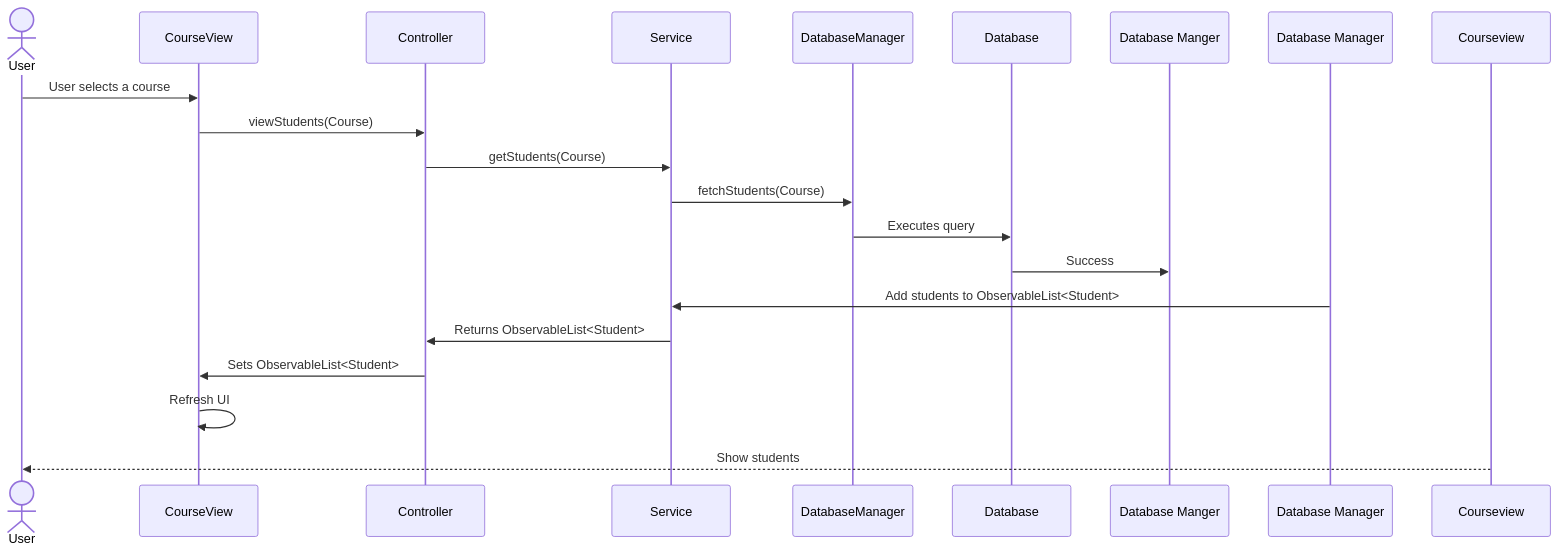
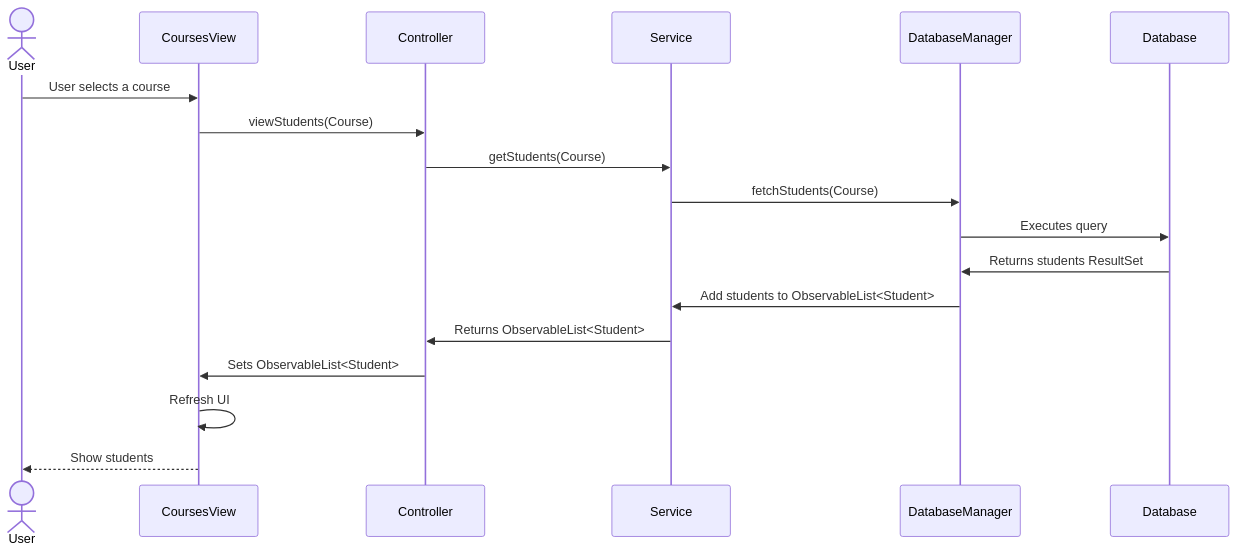
Before and after one commit to Darth-218/Student-Grading-System: the sixth of 10 diagrams in README.md, drawn with Mermaid. The commit also changed other lines of this file, not shown here.

````diff
--- a/README.md
+++ b/README.md
@@ -212,21 +192,16 @@
 ```mermaid
 sequenceDiagram
     actor User
-    participant CourseView
-    participant Controller
-    participant Service
-    participant DatabaseManager
-    participant Database
 
-    User->>CourseView: User selects a course
-    CourseView->>Controller: viewStudents(Course)
+    User->>CoursesView: User selects a course
+    CoursesView->>Controller: viewStudents(Course)
     Controller->>Service: getStudents(Course)
     Service->>DatabaseManager: fetchStudents(Course)
     DatabaseManager->>Database: Executes query 
-    Database->>Database Manger: Success
-    Database Manager->>Service: Add students to ObservableList<Student>
+    Database->>DatabaseManager: Returns students ResultSet
+    DatabaseManager->>Service: Add students to ObservableList<Student>
     Service->>Controller: Returns ObservableList<Student>
-    Controller->>CourseView: Sets ObservableList<Student>
-    CourseView->>CourseView: Refresh UI
-    Courseview-->>User: Show students
+    Controller->>CoursesView: Sets ObservableList<Student>
+    CoursesView->>CoursesView: Refresh UI
+    CoursesView-->>User: Show students
 ```
````
